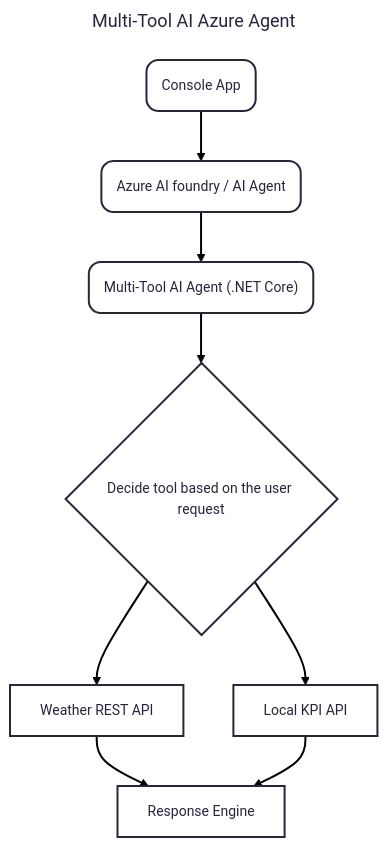
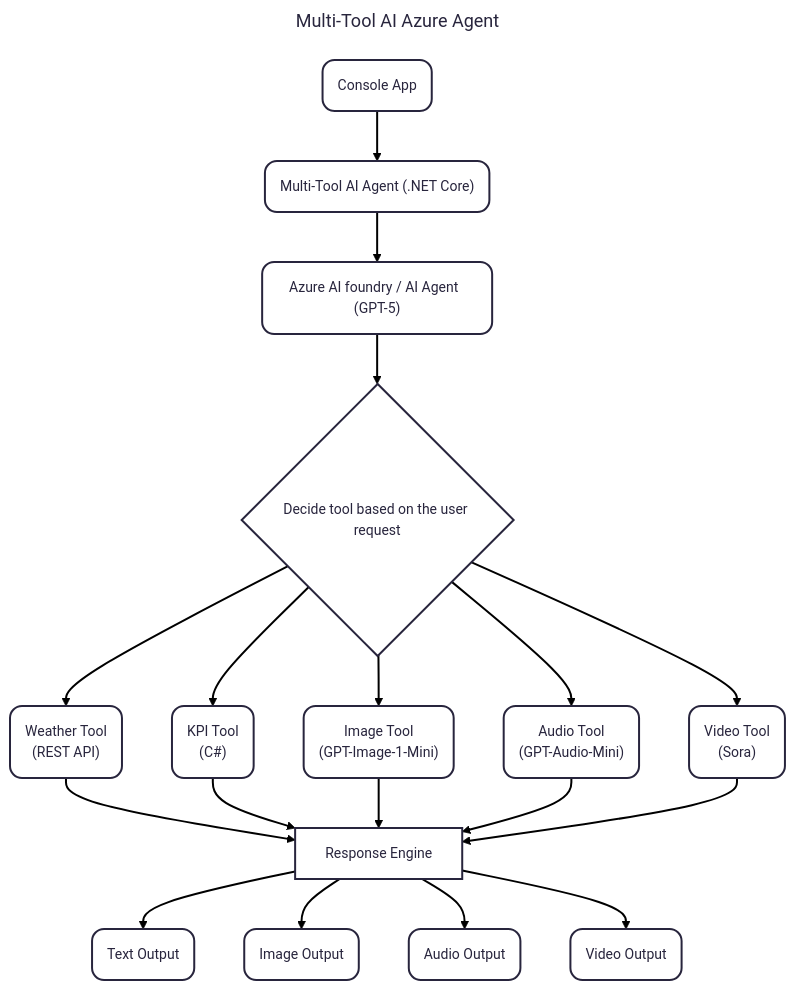
Before and after one commit to divyeshg94/AzureAIAgent_Multi-Tool: the diagram in README.md, drawn with Mermaid. The commit also changed other lines of this file, not shown here.

First line of the commit message:
Enhance README with agent capabilities and setup

````diff
--- a/README.md
+++ b/README.md
@@ -31,15 +79,25 @@
 ```mermaid
 ---
 title: Multi-Tool AI Azure Agent
 config:
   theme: redux
   layout: dagre
 ---
 flowchart TD
-    A("Console App") --> B("Azure AI foundry / AI Agent")
-    B --> C("Multi-Tool AI Agent (.NET Core)")
+    A("Console App") --> B("Multi-Tool AI Agent (.NET Core)")
+    B --> C("Azure AI foundry / AI Agent  (GPT-5)")
     C --> M{"Decide tool based on the user request"}
-    M --> D["Local KPI API"] & E["Weather REST API"]
+    M --> D("KPI Tool 
+    (C#)") & E("Weather Tool 
+    (REST API)") & F("Image Tool 
+    (GPT-Image-1-Mini)") & H("Audio Tool
+    (GPT-Audio-Mini)") & N("Video Tool
+    (Sora)")
     E --> G["Response Engine"]
     D --> G
+    F --> G
+    H --> G
+    N --> G
+    G --> I("Text Output") & J("Image Output") & K("Audio Output") & L("Video Output")
+
 ```
````
